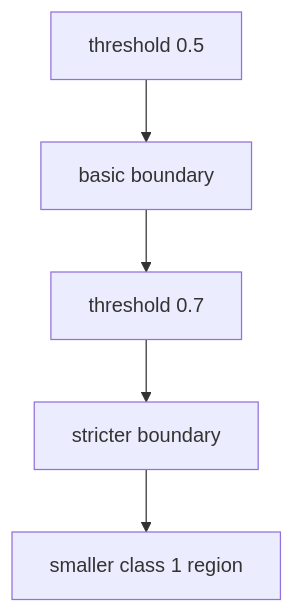
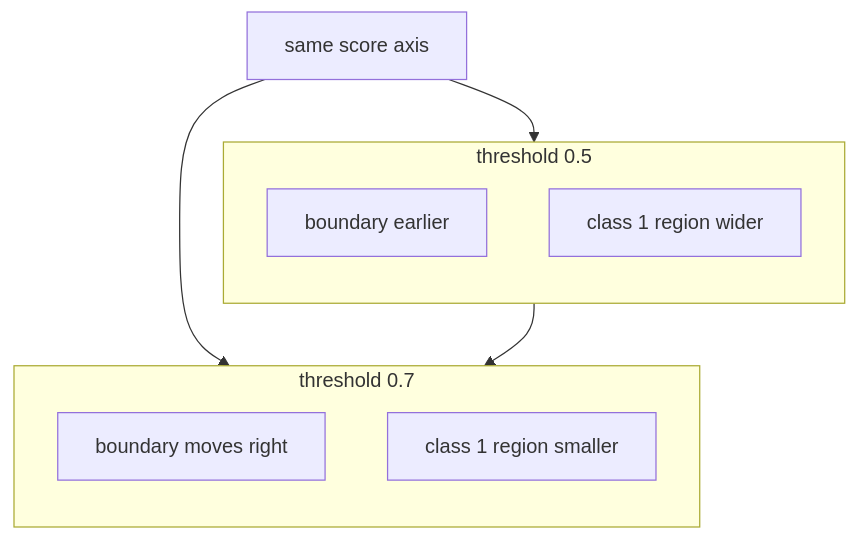
The third of 4 diagrams in docs/parts/part-04/chapter-11/section-02.md (devchan64/AiBook), drawn with Mermaid before and after one commit. The commit also changed other lines of this file and 14 other files, not shown here.

````diff
--- a/docs/parts/part-04/chapter-11/section-02.md
+++ b/docs/parts/part-04/chapter-11/section-02.md
@@ -219,10 +228,20 @@
 ```mermaid
 flowchart TD
-  A["threshold 0.5"]
-  B["basic boundary"]
-  C["threshold 0.7"]
-  D["stricter boundary"]
-  E["smaller class 1 region"]
+  A["same score axis"]
 
-  A --> B --> C --> D --> E
+  subgraph L["threshold 0.5"]
+    direction TB
+    L1["boundary earlier"]
+    L2["class 1 region wider"]
+  end
+
+  subgraph R["threshold 0.7"]
+    direction TB
+    R1["boundary moves right"]
+    R2["class 1 region smaller"]
+  end
+
+  A --> L
+  A --> R
+  L --> R
 ```
````
